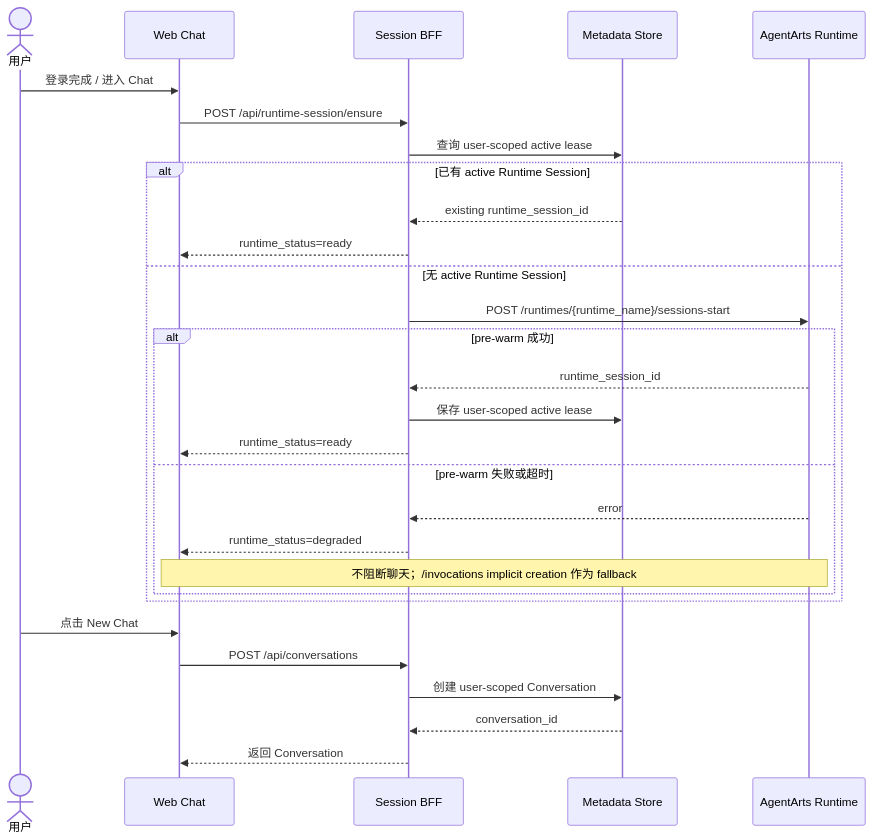
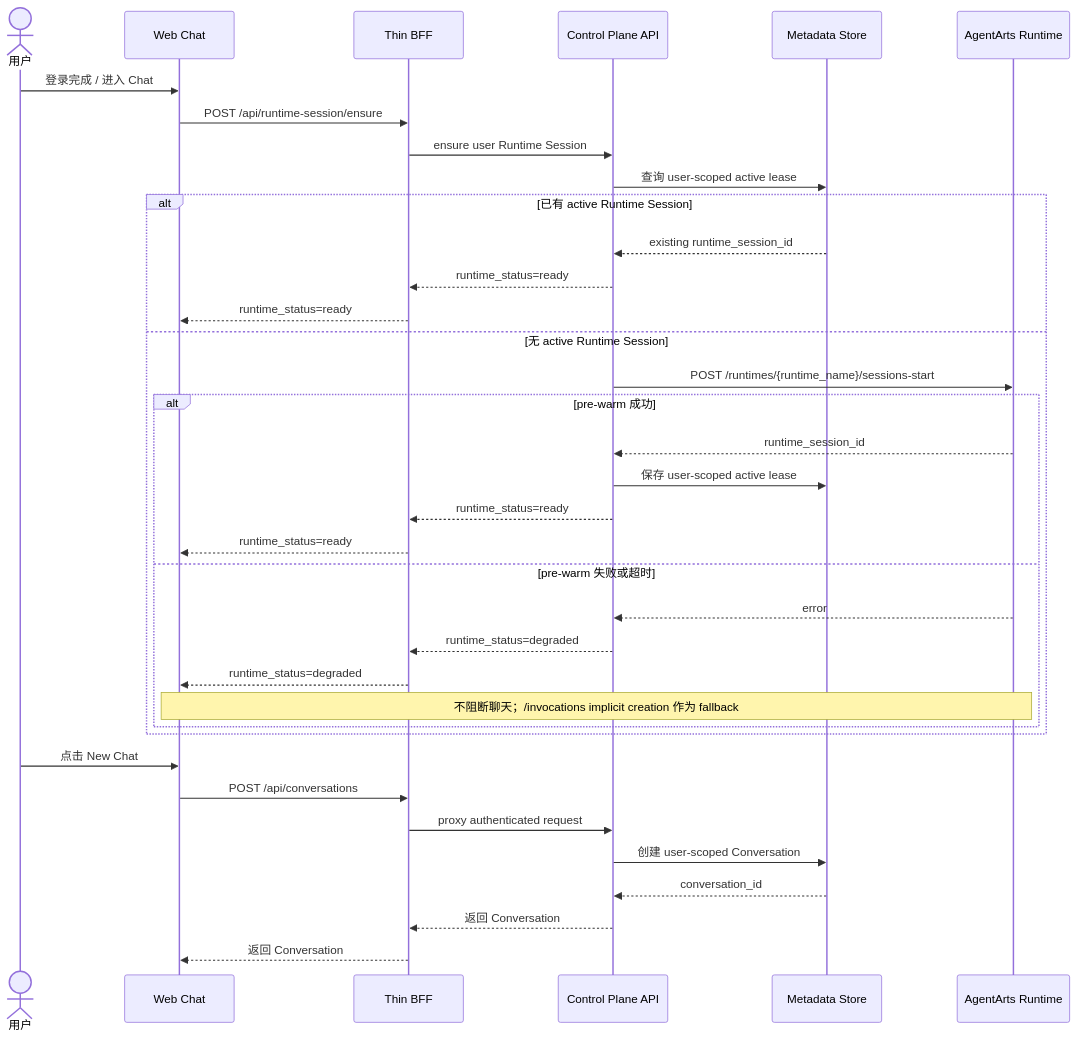
One commit to T-1009/personal-assistant changed the ninth of 10 diagrams in personal-assistant-meta/issues/features/feature-14-multi-session-runtime-prewarm/issue.md. Above: the diagram before and after it, drawn with Mermaid. The commit also changed other lines of this file and 2 other files, not shown here.

First line of the commit message:
docs: refactor feature-14 architecture to introduce Service-owned Control Plane and Thin BFF boundaries

````diff
--- a/personal-assistant-meta/issues/features/feature-14-multi-session-runtime-prewarm/issue.md
+++ b/personal-assistant-meta/issues/features/feature-14-multi-session-runtime-prewarm/issue.md
@@ -609,33 +645,40 @@
 ```mermaid
 sequenceDiagram
     actor User as 用户
     participant UI as Web Chat
-    participant BFF as Session BFF
+    participant BFF as Thin BFF
+    participant API as Control Plane API
     participant Store as Metadata Store
     participant AA as AgentArts Runtime
 
     User->>UI: 登录完成 / 进入 Chat
     UI->>BFF: POST /api/runtime-session/ensure
-    BFF->>Store: 查询 user-scoped active lease
+    BFF->>API: ensure user Runtime Session
+    API->>Store: 查询 user-scoped active lease
     alt 已有 active Runtime Session
-        Store-->>BFF: existing runtime_session_id
+        Store-->>API: existing runtime_session_id
+        API-->>BFF: runtime_status=ready
         BFF-->>UI: runtime_status=ready
     else 无 active Runtime Session
-        BFF->>AA: POST /runtimes/{runtime_name}/sessions-start
+        API->>AA: POST /runtimes/{runtime_name}/sessions-start
         alt pre-warm 成功
-            AA-->>BFF: runtime_session_id
-            BFF->>Store: 保存 user-scoped active lease
+            AA-->>API: runtime_session_id
+            API->>Store: 保存 user-scoped active lease
+            API-->>BFF: runtime_status=ready
             BFF-->>UI: runtime_status=ready
         else pre-warm 失败或超时
-            AA-->>BFF: error
+            AA-->>API: error
+            API-->>BFF: runtime_status=degraded
             BFF-->>UI: runtime_status=degraded
             Note over UI,AA: 不阻断聊天；/invocations implicit creation 作为 fallback
         end
     end
 
     User->>UI: 点击 New Chat
     UI->>BFF: POST /api/conversations
-    BFF->>Store: 创建 user-scoped Conversation
-    Store-->>BFF: conversation_id
+    BFF->>API: proxy authenticated request
+    API->>Store: 创建 user-scoped Conversation
+    Store-->>API: conversation_id
+    API-->>BFF: 返回 Conversation
     BFF-->>UI: 返回 Conversation
 ```
````
